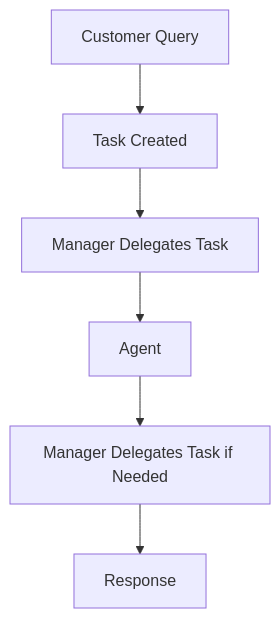
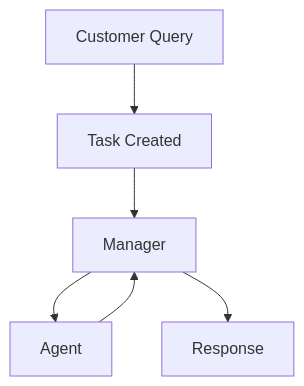
The diagram in 01 - Customer Service Agent/README.md (ameliadrozdowska22/Demo_orq_ai), drawn with Mermaid before and after one commit. The commit also changed other lines of this file, not shown here.

````diff
--- a/01 - Customer Service Agent/README.md
+++ b/01 - Customer Service Agent/README.md
@@ -31,8 +31,8 @@
 ```mermaid
 graph TD;
     A[Customer Query] --> B[Task Created];
-    B --> C[Manager Delegates Task];
+    B --> C[Manager];
     C --> D[Agent];
-    D --> E[Manager Delegates Task if Needed];
-    E --> F[Response];
+    D --> C[Manager];
+    C --> F[Response];
 ```
````
